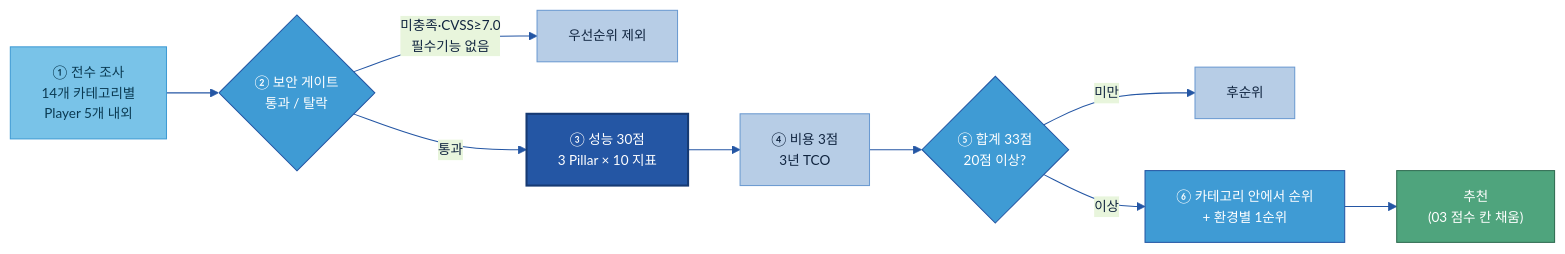
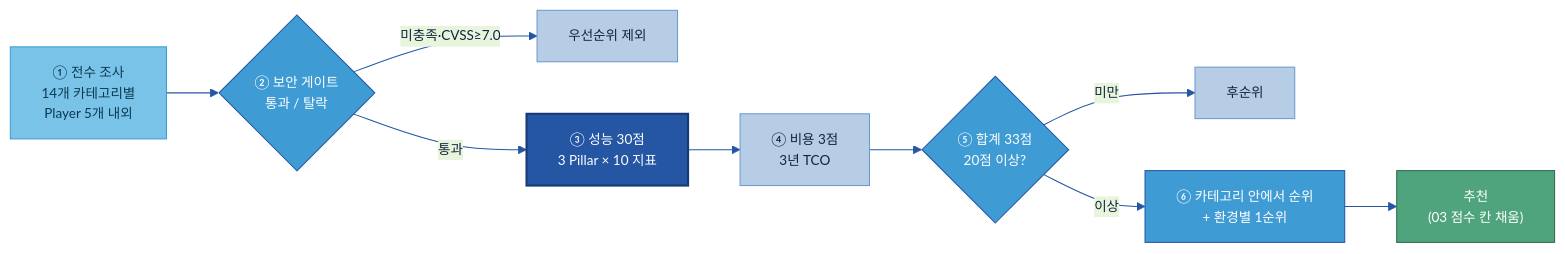
One commit to jin-kearney/ai-ready-data-manual changed the first of 6 diagrams in Tech Player/04 Player 평가 실행안 (조사·보안·성능·비용·추천).md. Above: the diagram before and after it, drawn with Mermaid. The commit also changed other lines of this file and 2 other files, not shown here.

````diff
--- a/Tech Player/04 Player 평가 실행안 (조사·보안·성능·비용·추천).md
+++ b/Tech Player/04 Player 평가 실행안 (조사·보안·성능·비용·추천).md
@@ -32,18 +32,18 @@
 ```mermaid
 %%{init: {'theme':'base','themeVariables':{'primaryColor':'#DCE8F5','primaryBorderColor':'#2456A4','primaryTextColor':'#10243f','lineColor':'#2456A4','clusterBkg':'#EEF4FB','clusterBorder':'#6B9AD1','fontSize':'13px'}}}%%
 flowchart LR
     POOL["① 전수 조사<br/>14개 카테고리별<br/>Player 5개 내외"]:::src --> GATE{"② 보안 게이트<br/>통과 / 탈락"}:::gate
-    GATE -->|"미충족·CVSS≥7.0<br/>필수기능 없음"| OUT["우선순위 제외"]:::n
+    GATE -->|"미충족·CVSS≥7.0"| OUT["우선순위 제외"]:::n
     GATE -->|통과| PERF["③ 성능 30점<br/>3 Pillar × 10 지표"]:::cat
     PERF --> COST["④ 비용 3점<br/>3년 TCO"]:::n
     COST --> CUT{"⑤ 합계 33점<br/>20점 이상?"}:::gate
     CUT -->|미만| LOW["후순위"]:::n
     CUT -->|이상| RANK["⑥ 카테고리 안에서 순위<br/>+ 환경별 1순위"]:::gate
     RANK --> REC["추천<br/>(03 점수 칸 채움)"]:::loop
 
     classDef n fill:#B7CDE6,stroke:#6B9AD1,color:#10243f;
     classDef src fill:#79C3E8,stroke:#3F9BD4,color:#0b3a52;
     classDef cat fill:#2456A4,color:#fff,stroke:#163a73,stroke-width:2px;
     classDef gate fill:#3F9BD4,stroke:#2456A4,color:#fff;
     classDef loop fill:#4FA47D,stroke:#2f6b50,color:#fff;
 ```
````
